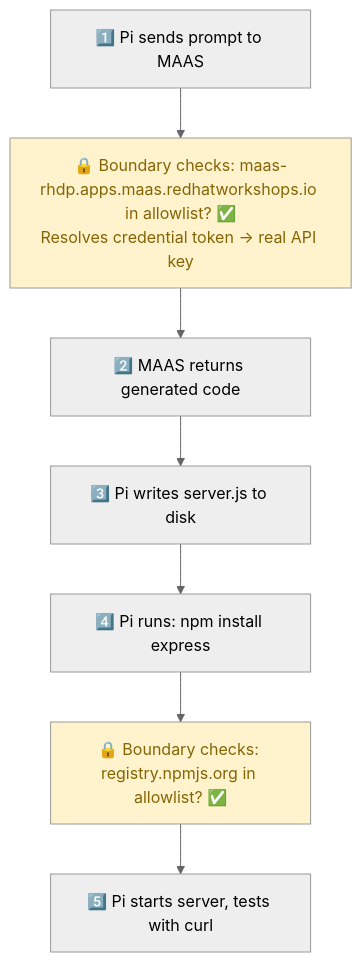
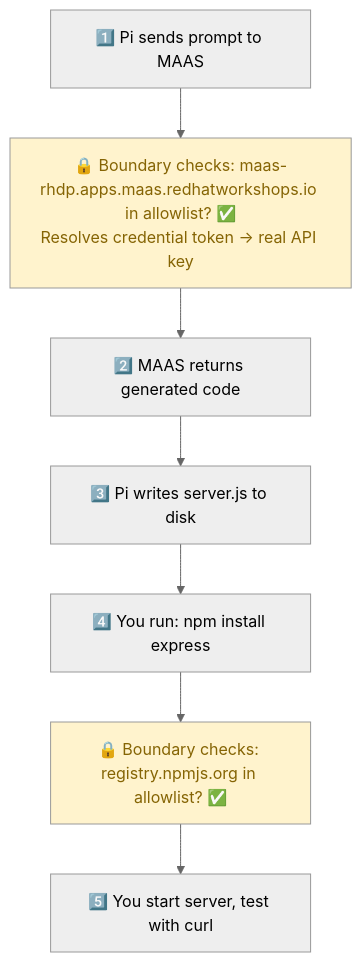
The diagram in docs/5-ai-agent-coding/README.md (avijra/openshell-ztm-lab), drawn with Mermaid (neutral theme) before and after one commit. The commit also changed other lines of this file, not shown here.

First line of the commit message:
fix(docs): simplify Module 5 Express.js prompt for gpt-oss-120b reliability

````diff
--- a/docs/5-ai-agent-coding/README.md
+++ b/docs/5-ai-agent-coding/README.md
@@ -110,15 +160,15 @@
 ```mermaid
 graph TD
     S1["1️⃣ Pi sends prompt to MAAS"]
     S2["🔒 Boundary checks: maas-rhdp.apps.maas.redhatworkshops.io in allowlist? ✅<br/>Resolves credential token → real API key"]
     S3["2️⃣ MAAS returns generated code"]
     S4["3️⃣ Pi writes server.js to disk"]
-    S5["4️⃣ Pi runs: npm install express"]
+    S5["4️⃣ You run: npm install express"]
     S6["🔒 Boundary checks: registry.npmjs.org in allowlist? ✅"]
-    S7["5️⃣ Pi starts server, tests with curl"]
+    S7["5️⃣ You start server, test with curl"]
 
     S1 --> S2 --> S3 --> S4 --> S5 --> S6 --> S7
 
     style S2 fill:#fff3cd,color:#856404
     style S6 fill:#fff3cd,color:#856404
 ```
````
